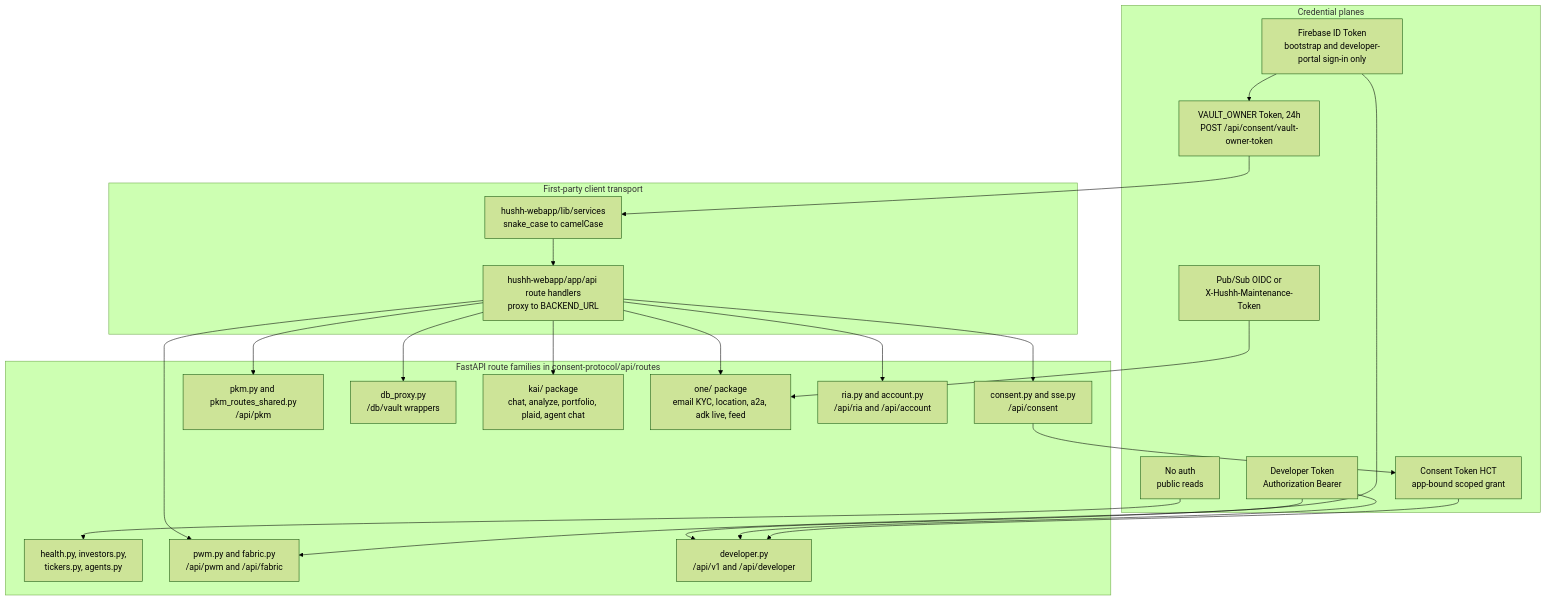
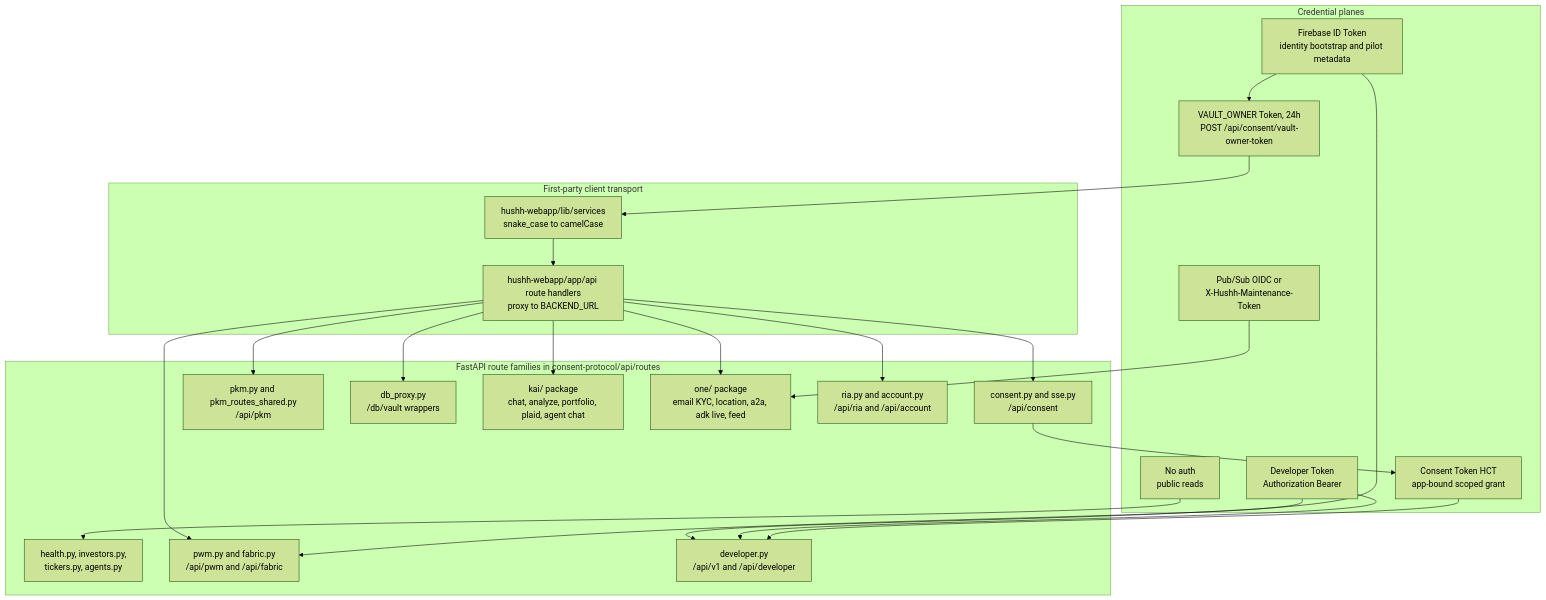
Before and after one commit to hushh-labs/hushh-research: the diagram in docs/reference/architecture/api-contracts.md, drawn with Mermaid (forest theme). The commit also changed other lines of this file and 50 other files, not shown here.

````diff
--- a/docs/reference/architecture/api-contracts.md
+++ b/docs/reference/architecture/api-contracts.md
@@ -59,46 +8,46 @@
 ```mermaid
 flowchart TB
   subgraph creds["Credential planes"]
-    fb["Firebase ID Token<br/>bootstrap and developer-portal sign-in only"]
+    fb["Firebase ID Token<br/>identity bootstrap and pilot metadata"]
     vo["VAULT_OWNER Token, 24h<br/>POST /api/consent/vault-owner-token"]
     devtok["Developer Token<br/>Authorization Bearer"]
     hct["Consent Token HCT<br/>app-bound scoped grant"]
     maint["Pub/Sub OIDC or<br/>X-Hushh-Maintenance-Token"]
     anon["No auth<br/>public reads"]
   end
 
   subgraph client["First-party client transport"]
     svc["hushh-webapp/lib/services<br/>snake_case to camelCase"]
     proxy["hushh-webapp/app/api route handlers<br/>proxy to BACKEND_URL"]
   end
 
   subgraph api["FastAPI route families in consent-protocol/api/routes"]
     pub["health.py, investors.py,<br/>tickers.py, agents.py"]
     con["consent.py and sse.py<br/>/api/consent"]
     pkm["pkm.py and pkm_routes_shared.py<br/>/api/pkm"]
     vault["db_proxy.py<br/>/db/vault wrappers"]
     kai["kai/ package<br/>chat, analyze, portfolio, plaid, agent chat"]
     one["one/ package<br/>email KYC, location, a2a, adk live, feed"]
     fabric["pwm.py and fabric.py<br/>/api/pwm and /api/fabric"]
     ria["ria.py and account.py<br/>/api/ria and /api/account"]
     dev["developer.py<br/>/api/v1 and /api/developer"]
   end
 
   fb --> vo
   fb --> dev
   anon --> pub
   vo --> svc
   svc --> proxy
   proxy --> con
   proxy --> pkm
   proxy --> vault
   proxy --> kai
   proxy --> one
   proxy --> fabric
   proxy --> ria
   devtok --> dev
   devtok --> fabric
   con --> hct
   hct --> dev
   maint --> one
 ```
````
